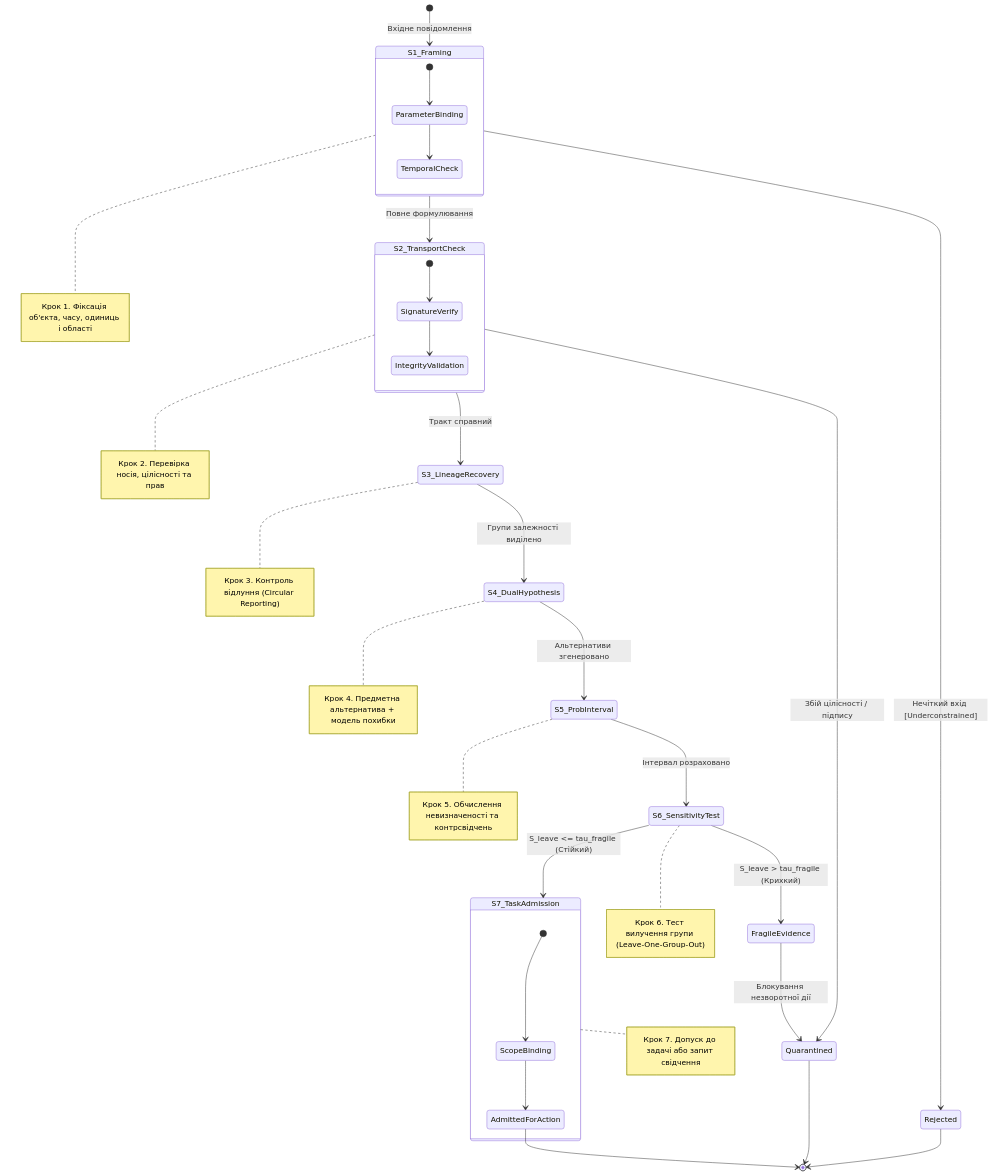
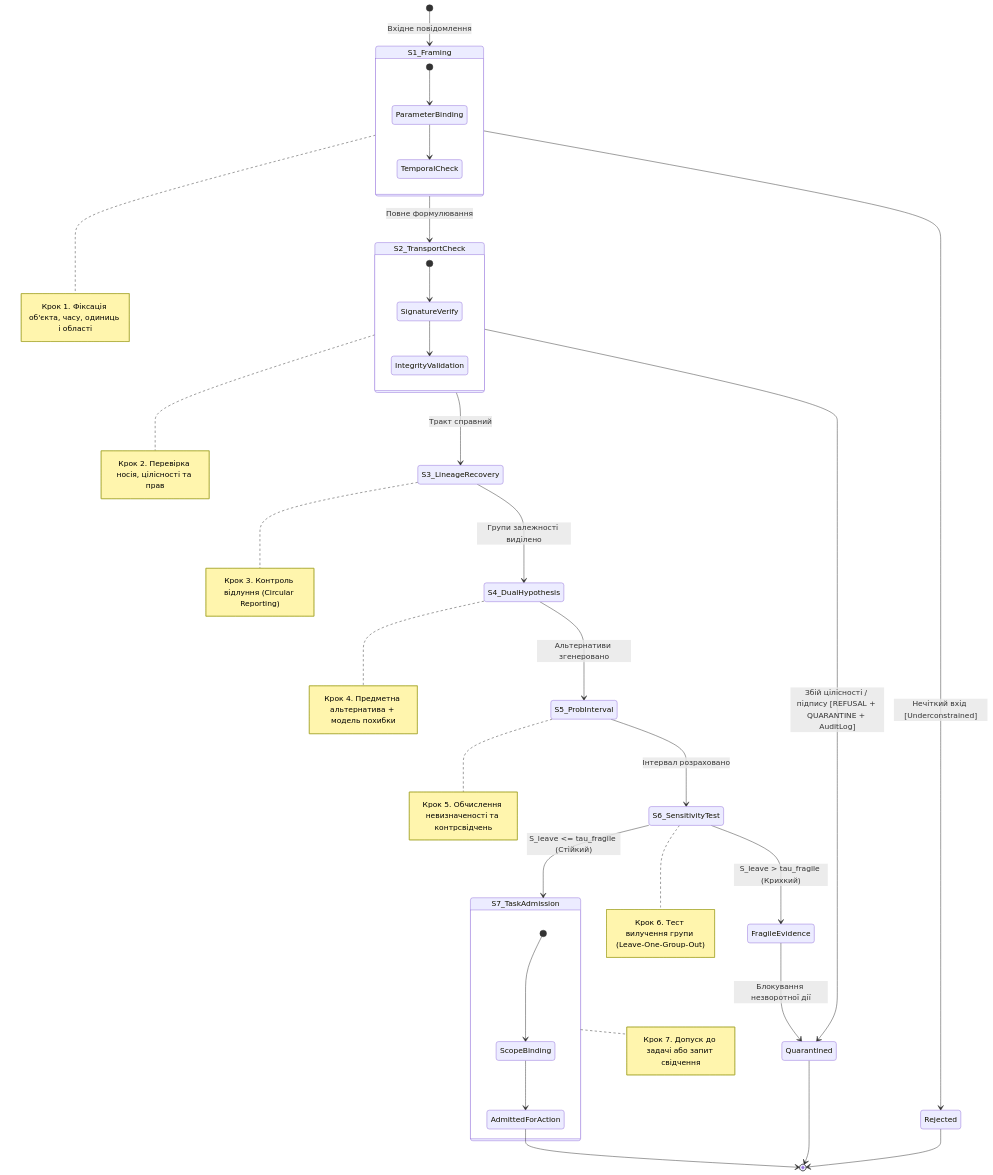
The fourth of 6 diagrams in ExpertSystem/ch37-input-information-assessment-and-algorithmic-skepticism.md (nick-fedchik/articles), drawn with Mermaid before and after one commit. The commit also changed other lines of this file and 375 other files, not shown here.

````diff
--- a/ExpertSystem/ch37-input-information-assessment-and-algorithmic-skepticism.md
+++ b/ExpertSystem/ch37-input-information-assessment-and-algorithmic-skepticism.md
@@ -517,50 +541,50 @@
 ```mermaid
 stateDiagram-v2
     accTitle: Семикроковий детермінований алгоритм експертного скепсису
     accDescr: Скінченний автомат поетапної верифікації вхідного повідомлення від ініціалізації до санкціонування дії.
 
     [*] --> S1_Framing : Вхідне повідомлення
     
     state S1_Framing {
         [*] --> ParameterBinding
         ParameterBinding --> TemporalCheck
     }
     note right of S1_Framing : Крок 1. Фіксація об'єкта, часу, одиниць і області
 
     S1_Framing --> S2_TransportCheck : Повне формулювання
     S1_Framing --> Rejected : Нечіткий вхід [Underconstrained]
 
     state S2_TransportCheck {
         [*] --> SignatureVerify
         SignatureVerify --> IntegrityValidation
     }
     note right of S2_TransportCheck : Крок 2. Перевірка носія, цілісності та прав
 
     S2_TransportCheck --> S3_LineageRecovery : Тракт справний
-    S2_TransportCheck --> Quarantined : Збій цілісності / підпису
+    S2_TransportCheck --> Quarantined : Збій цілісності / підпису [REFUSAL + QUARANTINE + AuditLog]
 
     S3_LineageRecovery --> S4_DualHypothesis : Групи залежності виділено
     note right of S3_LineageRecovery : Крок 3. Контроль відлуння (Circular Reporting)
 
     S4_DualHypothesis --> S5_ProbInterval : Альтернативи згенеровано
     note right of S4_DualHypothesis : Крок 4. Предметна альтернатива + модель похибки
 
     S5_ProbInterval --> S6_SensitivityTest : Інтервал розраховано
     note right of S5_ProbInterval : Крок 5. Обчислення невизначеності та контрсвідчень
 
     S6_SensitivityTest --> S7_TaskAdmission : S_leave <= tau_fragile (Стійкий)
     note right of S6_SensitivityTest : Крок 6. Тест вилучення групи (Leave-One-Group-Out)
     
     S6_SensitivityTest --> FragileEvidence : S_leave > tau_fragile (Крихкий)
 
     state S7_TaskAdmission {
         [*] --> ScopeBinding
         ScopeBinding --> AdmittedForAction
     }
     note right of S7_TaskAdmission : Крок 7. Допуск до задачі або запит свідчення
 
     AdmittedForAction --> [*]
     FragileEvidence --> Quarantined : Блокування незворотної дії
     Quarantined --> [*]
     Rejected --> [*]
 ```
````
